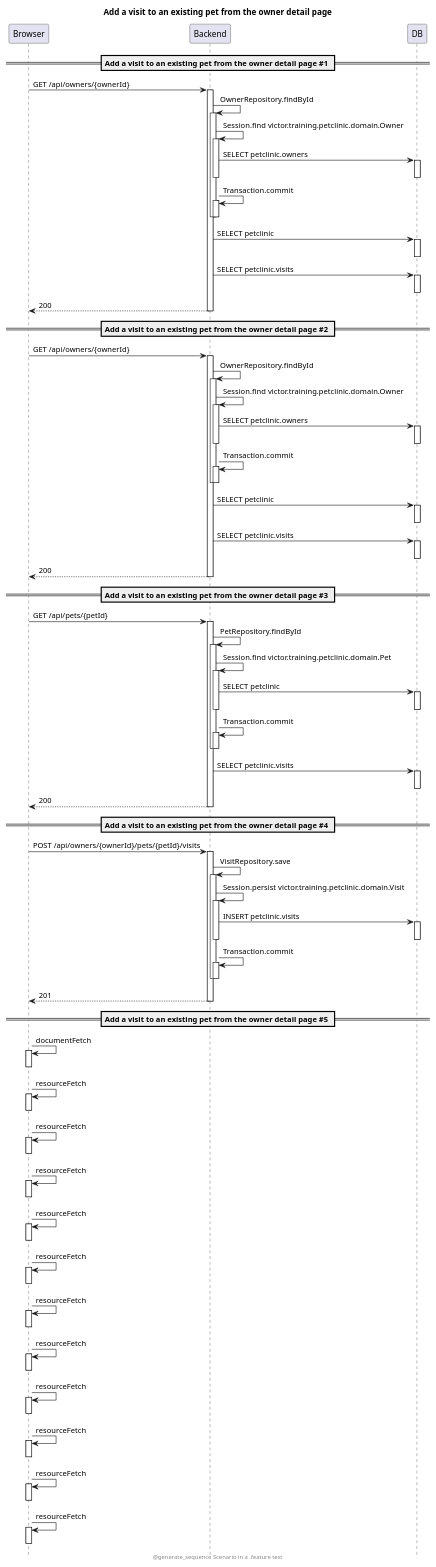
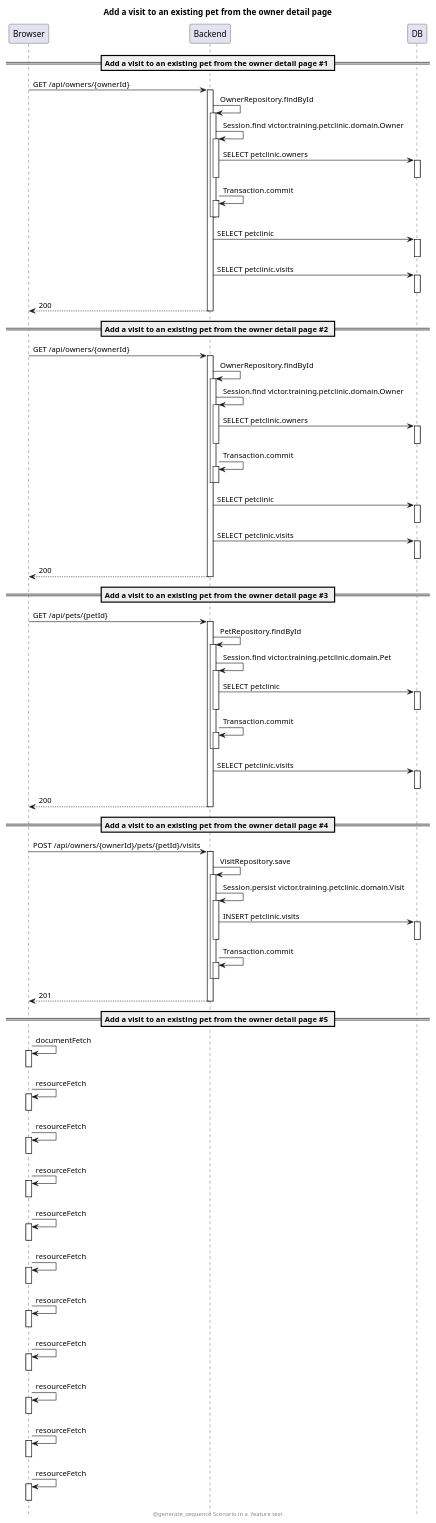
Before and after one commit to Ez2/petclinic: the diagram in petclinic-test/features/generated_sequences/add-a-visit-to-an-existing-pet-from-the-owner-detail-page.puml, drawn with PlantUML. The commit also changed 5 other files, not shown here.

```diff
--- a/petclinic-test/features/generated_sequences/add-a-visit-to-an-existing-pet-from-the-owner-detail-page.puml
+++ b/petclinic-test/features/generated_sequences/add-a-visit-to-an-existing-pet-from-the-owner-detail-page.puml
@@ -1,128 +1,125 @@
 @startuml
 hide footbox
 title Add a visit to an existing pet from the owner detail page
 footer @generate_sequence Scenario in a .feature test
 participant Browser
 participant Backend
 participant DB
 == Add a visit to an existing pet from the owner detail page #1 ==
 Browser -> Backend: GET /api/owners/{ownerId}
 activate Backend
 Backend -> Backend: OwnerRepository.findById
 activate Backend
 Backend -> Backend: Session.find victor.training.petclinic.domain.Owner
 activate Backend
 Backend -> DB: SELECT petclinic.owners
 activate DB
 deactivate DB
 deactivate Backend
 Backend -> Backend: Transaction.commit
 activate Backend
 deactivate Backend
 deactivate Backend
 Backend -> DB: SELECT petclinic
 activate DB
 deactivate DB
 Backend -> DB: SELECT petclinic.visits
 activate DB
 deactivate DB
 Backend --> Browser: 200
 deactivate Backend
 == Add a visit to an existing pet from the owner detail page #2 ==
 Browser -> Backend: GET /api/owners/{ownerId}
 activate Backend
 Backend -> Backend: OwnerRepository.findById
 activate Backend
 Backend -> Backend: Session.find victor.training.petclinic.domain.Owner
 activate Backend
 Backend -> DB: SELECT petclinic.owners
 activate DB
 deactivate DB
 deactivate Backend
 Backend -> Backend: Transaction.commit
 activate Backend
 deactivate Backend
 deactivate Backend
 Backend -> DB: SELECT petclinic
 activate DB
 deactivate DB
 Backend -> DB: SELECT petclinic.visits
 activate DB
 deactivate DB
 Backend --> Browser: 200
 deactivate Backend
 == Add a visit to an existing pet from the owner detail page #3 ==
 Browser -> Backend: GET /api/pets/{petId}
 activate Backend
 Backend -> Backend: PetRepository.findById
 activate Backend
 Backend -> Backend: Session.find victor.training.petclinic.domain.Pet
 activate Backend
 Backend -> DB: SELECT petclinic
 activate DB
 deactivate DB
 deactivate Backend
 Backend -> Backend: Transaction.commit
 activate Backend
 deactivate Backend
 deactivate Backend
 Backend -> DB: SELECT petclinic.visits
 activate DB
 deactivate DB
 Backend --> Browser: 200
 deactivate Backend
 == Add a visit to an existing pet from the owner detail page #4 ==
 Browser -> Backend: POST /api/owners/{ownerId}/pets/{petId}/visits
 activate Backend
 Backend -> Backend: VisitRepository.save
 activate Backend
 Backend -> Backend: Session.persist victor.training.petclinic.domain.Visit
 activate Backend
 Backend -> DB: INSERT petclinic.visits
 activate DB
 deactivate DB
 deactivate Backend
 Backend -> Backend: Transaction.commit
 activate Backend
 deactivate Backend
 deactivate Backend
 Backend --> Browser: 201
 deactivate Backend
 == Add a visit to an existing pet from the owner detail page #5 ==
 Browser -> Browser: documentFetch
 activate Browser
 deactivate Browser
 Browser -> Browser: resourceFetch
 activate Browser
 deactivate Browser
 Browser -> Browser: resourceFetch
 activate Browser
 deactivate Browser
 Browser -> Browser: resourceFetch
 activate Browser
 deactivate Browser
 Browser -> Browser: resourceFetch
 activate Browser
 deactivate Browser
 Browser -> Browser: resourceFetch
 activate Browser
 deactivate Browser
 Browser -> Browser: resourceFetch
 activate Browser
 deactivate Browser
 Browser -> Browser: resourceFetch
 activate Browser
 deactivate Browser
 Browser -> Browser: resourceFetch
 activate Browser
 deactivate Browser
 Browser -> Browser: resourceFetch
 activate Browser
 deactivate Browser
 Browser -> Browser: resourceFetch
 activate Browser
 deactivate Browser
-Browser -> Browser: resourceFetch
-activate Browser
-deactivate Browser
 @enduml
```
